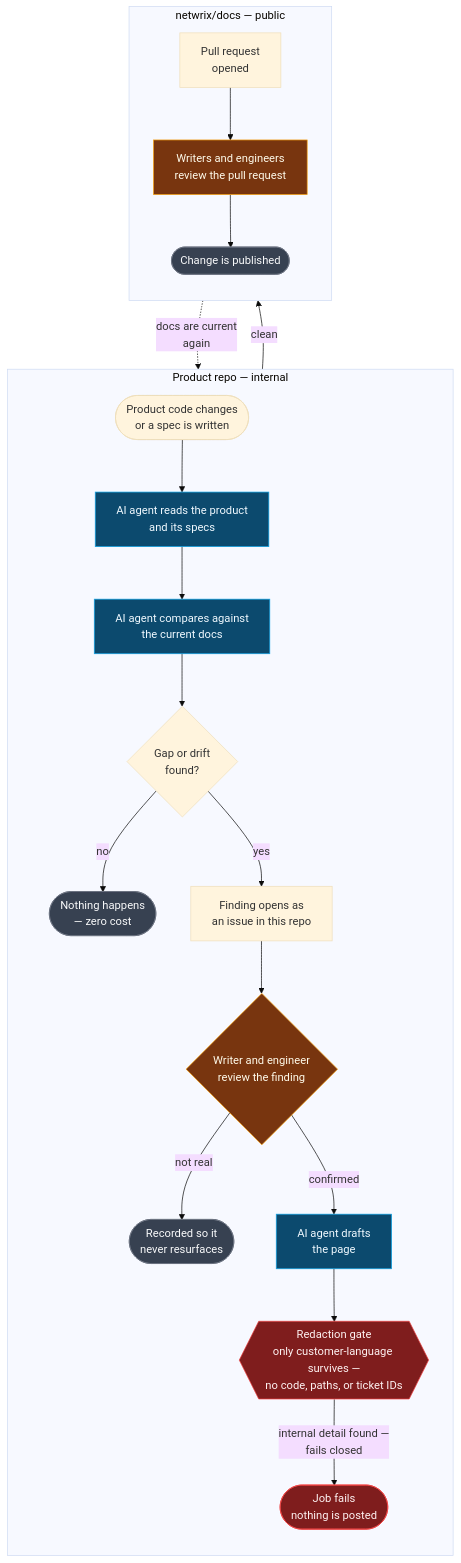
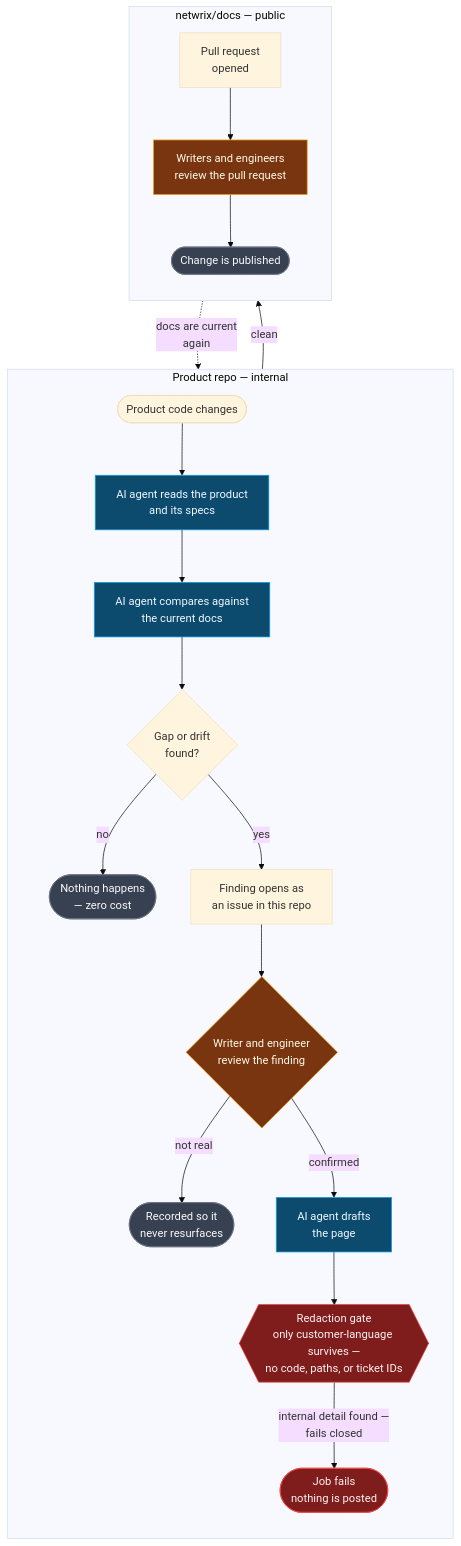
Before and after one commit to netwrix/docs: the first of 7 diagrams in docsync/xchange-article.md, drawn with Mermaid (base theme).

Commit message:
Fix workflow-at-a-glance diagram: only code changes trigger drift checks
Specs are read as context during a code-triggered check, not a trigger
in their own right — a spec written with no corresponding code change
should not fire the loop.

````diff
--- a/docsync/xchange-article.md
+++ b/docsync/xchange-article.md
@@ -41,36 +41,36 @@
 ```mermaid
 flowchart TB
   subgraph PR["Product repo — internal"]
     direction TB
-    A(["Product code changes<br/>or a spec is written"]) --> B["AI agent reads the product<br/>and its specs"]
+    A(["Product code changes"]) --> B["AI agent reads the product<br/>and its specs"]
     B --> C["AI agent compares against<br/>the current docs"]
     C --> D{"Gap or drift<br/>found?"}
     D -- "no" --> E(["Nothing happens<br/>— zero cost"])
     D -- "yes" --> F["Finding opens as<br/>an issue in this repo"]
     F --> G{"Writer and engineer<br/>review the finding"}
     G -- "not real" --> H(["Recorded so it<br/>never resurfaces"])
     G -- "confirmed" --> I["AI agent drafts<br/>the page"]
     I --> RED{{"Redaction gate<br/>only customer-language survives —<br/>no code, paths, or ticket IDs"}}
     RED -- "internal detail found —<br/>fails closed" --> FAIL(["Job fails<br/>nothing is posted"])
   end
 
   subgraph DOCS["netwrix/docs — public"]
     direction TB
     PRQ["Pull request<br/>opened"]
     J["Writers and engineers<br/>review the pull request"]
     K(["Change is published"])
     PRQ --> J --> K
   end
 
   RED -- "clean" --> PRQ
   K -.->|"docs are current<br/>again"| C
 
   classDef stop fill:#374151,stroke:#6b7280,color:#f9fafb
   classDef human fill:#78350f,stroke:#f59e0b,color:#fffbeb
   classDef ai fill:#0c4a6e,stroke:#0ea5e9,color:#f0f9ff
   classDef gate fill:#7f1d1d,stroke:#ef4444,color:#fef2f2
   class E,H,K stop
   class G,J human
   class B,C,I ai
   class RED,FAIL gate
 ```
````
